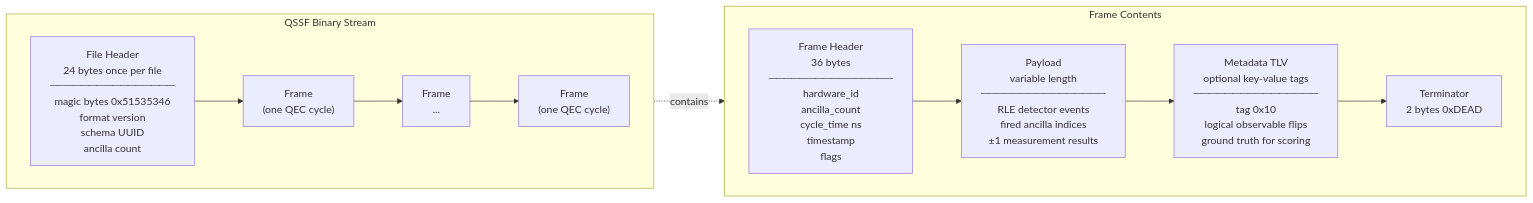
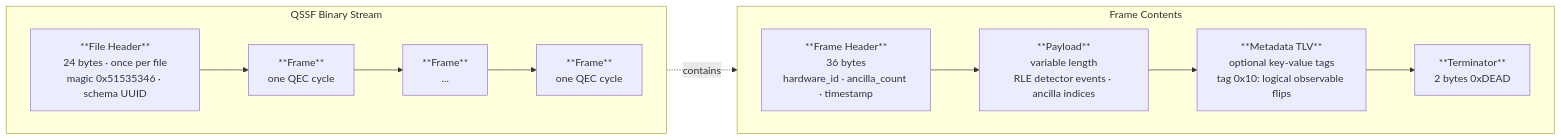
Before and after one commit to reggswilgoxson/stabstream: the third of 5 diagrams in ARCHITECTURE.md, drawn with Mermaid. The commit also changed other lines of this file, not shown here.

First line of the commit message:
Fix Mermaid diagrams in ARCHITECTURE.md for correct rendering

````diff
--- a/ARCHITECTURE.md
+++ b/ARCHITECTURE.md
@@ -160,22 +162,22 @@
 ```mermaid
 flowchart LR
     subgraph stream ["QSSF Binary Stream"]
         direction LR
-        FH["File Header\n24 bytes  once per file\n────────────────\nmagic bytes  0x51535346\nformat version\nschema UUID\nancilla count"]
-        F1["Frame\n(one QEC cycle)"]
-        F2["Frame\n..."]
-        FN["Frame\n(one QEC cycle)"]
+        FH["**File Header**<br/>24 bytes · once per file<br/>magic 0x51535346 · schema UUID"]
+        F1["**Frame**<br/>one QEC cycle"]
+        F2["**Frame**<br/>..."]
+        FN["**Frame**<br/>one QEC cycle"]
         FH --> F1 --> F2 --> FN
     end
 
     subgraph frm ["Frame Contents"]
         direction LR
-        HDR["Frame Header\n36 bytes\n────────────────\nhardware_id\nancilla_count\ncycle_time ns\ntimestamp\nflags"]
-        PAY["Payload\nvariable length\n────────────────\nRLE detector events\nfired ancilla indices\n±1 measurement results"]
-        TLV["Metadata TLV\noptional key-value tags\n────────────────\ntag 0x10\nlogical observable flips\nground truth for scoring"]
-        TERM["Terminator\n2 bytes  0xDEAD"]
+        HDR["**Frame Header**<br/>36 bytes<br/>hardware_id · ancilla_count · timestamp"]
+        PAY["**Payload**<br/>variable length<br/>RLE detector events · ancilla indices"]
+        TLV["**Metadata TLV**<br/>optional key-value tags<br/>tag 0x10: logical observable flips"]
+        TERM["**Terminator**<br/>2 bytes 0xDEAD"]
         HDR --> PAY --> TLV --> TERM
     end
 
     F1 -.->|"contains"| HDR
 ```
````
